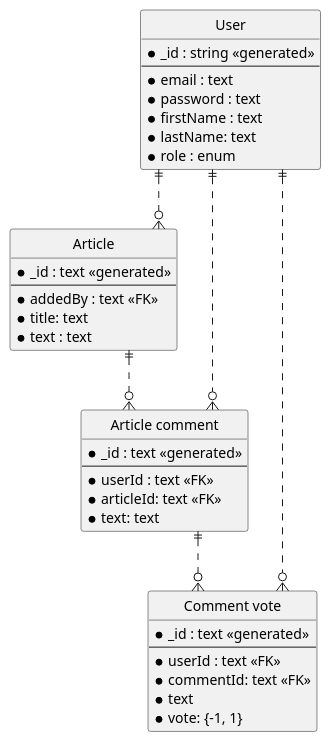
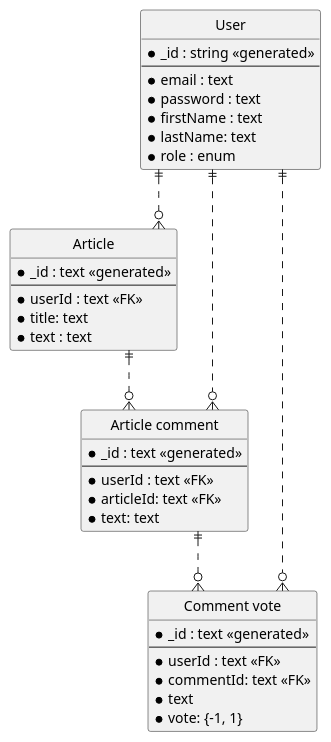
The diagram in backend/uml_design/er_diagram.puml (rastislavkopal/applift-blog-app), drawn with PlantUML before and after one commit. The commit also changed 10 other files, not shown here.

```diff
--- a/backend/uml_design/er_diagram.puml
+++ b/backend/uml_design/er_diagram.puml
@@ -1,50 +1,50 @@
 @startuml Entity relations
 ' hide the spot
 hide circle
 
 ' avoid problems with angled crows feet
 skinparam linetype ortho
 
 entity "User" as user {
   *_id : string <<generated>>
   --
   *email : text
   *password : text
   *firstName : text
   *lastName: text
   *role : enum
 }
 
 entity "Article" as article {
   *_id : text <<generated>>
   --
-  *addedBy : text <<FK>>
+  *userId : text <<FK>>
   *title: text
   *text : text
 }
 
 
 entity "Article comment" as comment {
   *_id : text <<generated>>
   --
   *userId : text <<FK>>
   *articleId: text <<FK>>
   *text: text
 }
 
 Entity "Comment vote" as vote {
   *_id : text <<generated>>
   --
   *userId : text <<FK>>
   *commentId: text <<FK>>
   *text
   *vote: {-1, 1}
 }
 
 user ||..o{ article
 user ||..o{ comment
 article ||..o{ comment
 comment ||..o{ vote
 user ||..o{ vote
 
 @enduml
```
